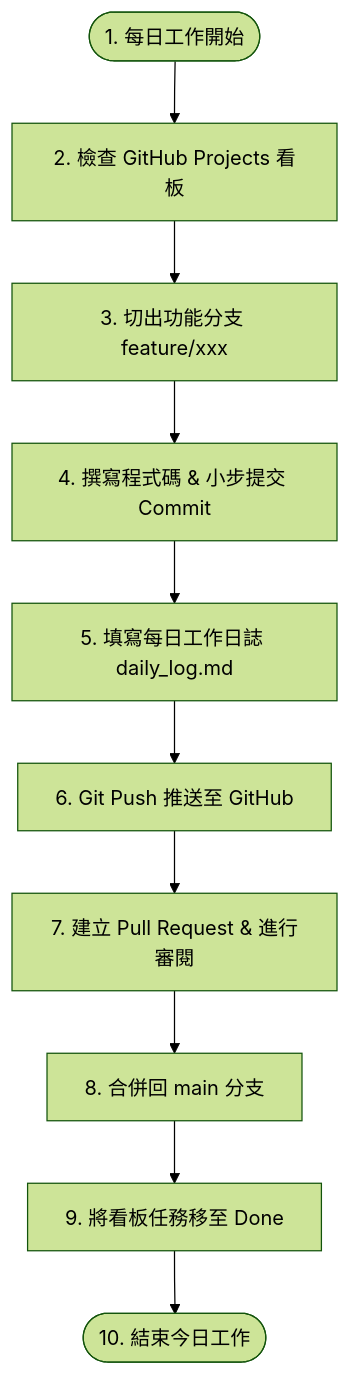
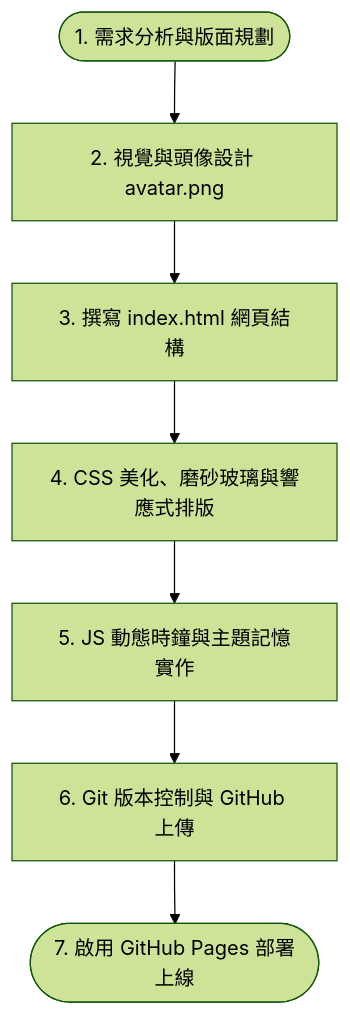
One commit to ian0629082/L2-home-web changed the diagram in work_log_process.md. Above: the diagram before and after it, drawn with Mermaid (forest theme). The commit also changed other lines of this file and 1 other file, not shown here.

````diff
--- a/work_log_process.md
+++ b/work_log_process.md
@@ -11,12 +9,9 @@
 ```mermaid
 graph TD
-    Start([1. 每日工作開始]) --> CheckKanban[2. 檢查 GitHub Projects 看板]
-    CheckKanban --> CreateBranch[3. 切出功能分支 feature/xxx]
-    CreateBranch --> Coding[4. 撰寫程式碼 & 小步提交 Commit]
-    Coding --> WriteLog[5. 填寫每日工作日誌 daily_log.md]
-    WriteLog --> PushGit[6. Git Push 推送至 GitHub]
-    PushGit --> CreatePR[7. 建立 Pull Request & 進行審閱]
-    CreatePR --> MergeMain[8. 合併回 main 分支]
-    MergeMain --> UpdateKanban[9. 將看板任務移至 Done]
-    UpdateKanban --> End([10. 結束今日工作])
+    Step1([1. 需求分析與版面規劃]) --> Step2[2. 視覺與頭像設計 avatar.png]
+    Step2 --> Step3[3. 撰寫 index.html 網頁結構]
+    Step3 --> Step4[4. CSS 美化、磨砂玻璃與響應式排版]
+    Step4 --> Step5[5. JS 動態時鐘與主題記憶實作]
+    Step5 --> Step6[6. Git 版本控制與 GitHub 上傳]
+    Step6 --> Step7([7. 啟用 GitHub Pages 部署上線])
 ```
````
